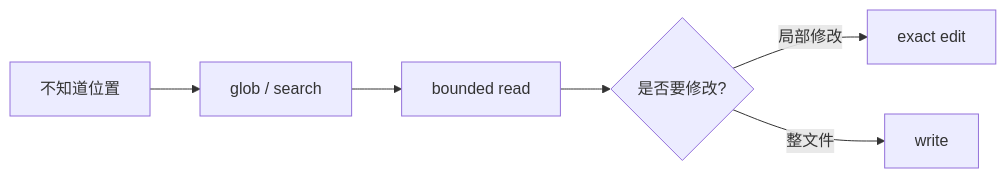
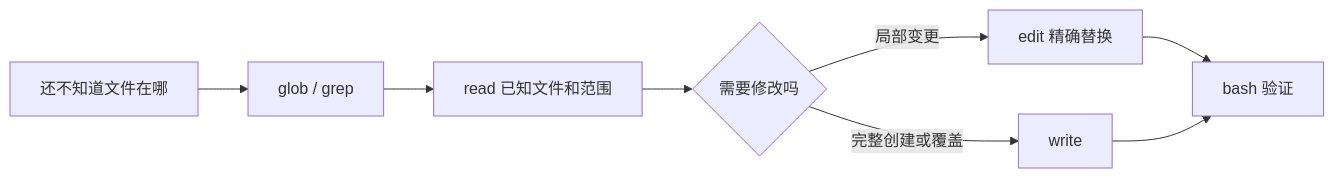
The eighth of 15 diagrams in docs/05-capability-and-tool-system.md (Arthur999459up/GitAgent), drawn with Mermaid before and after one commit. The commit also changed other lines of this file and 3 other files, not shown here.

````diff
--- a/docs/05-capability-and-tool-system.md
+++ b/docs/05-capability-and-tool-system.md
@@ -168,8 +676,10 @@
 ```mermaid
 flowchart LR
-    Q[不知道位置] --> G[glob / search]
-    G --> R[bounded read]
-    R --> E{是否要修改?}
-    E -->|局部修改| X[exact edit]
-    E -->|整文件| W[write]
+    Q[还不知道文件在哪] --> S[glob / grep]
+    S --> R[read 已知文件和范围]
+    R --> D{需要修改吗}
+    D -->|局部变更| E[edit 精确替换]
+    D -->|完整创建或覆盖| W[write]
+    E --> V[bash 验证]
+    W --> V
 ```
````
